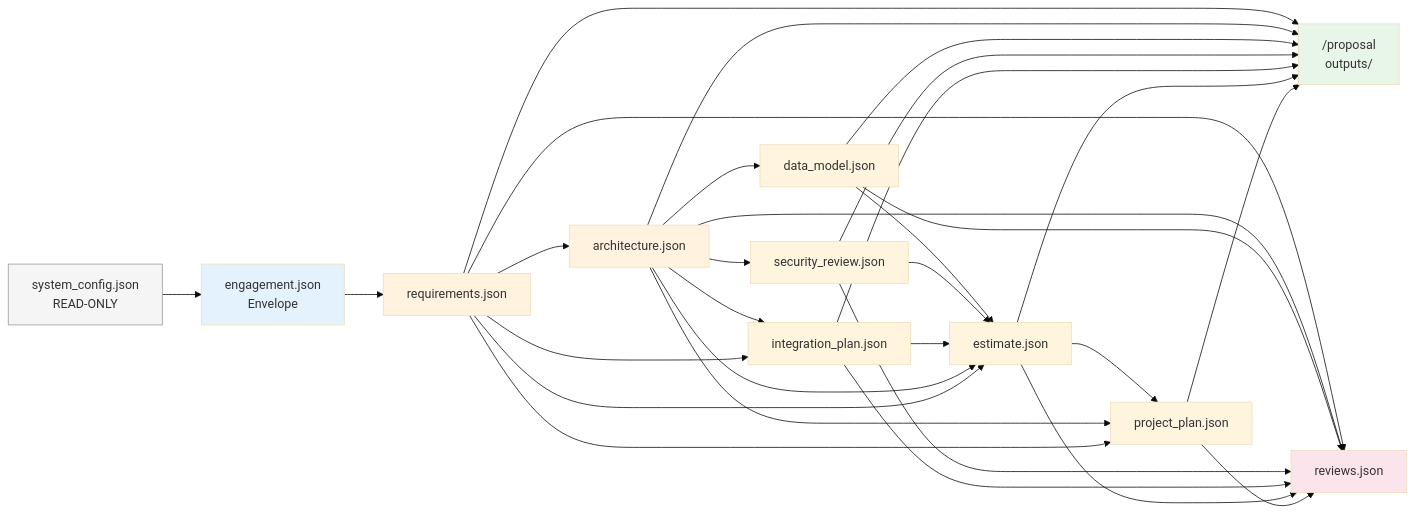
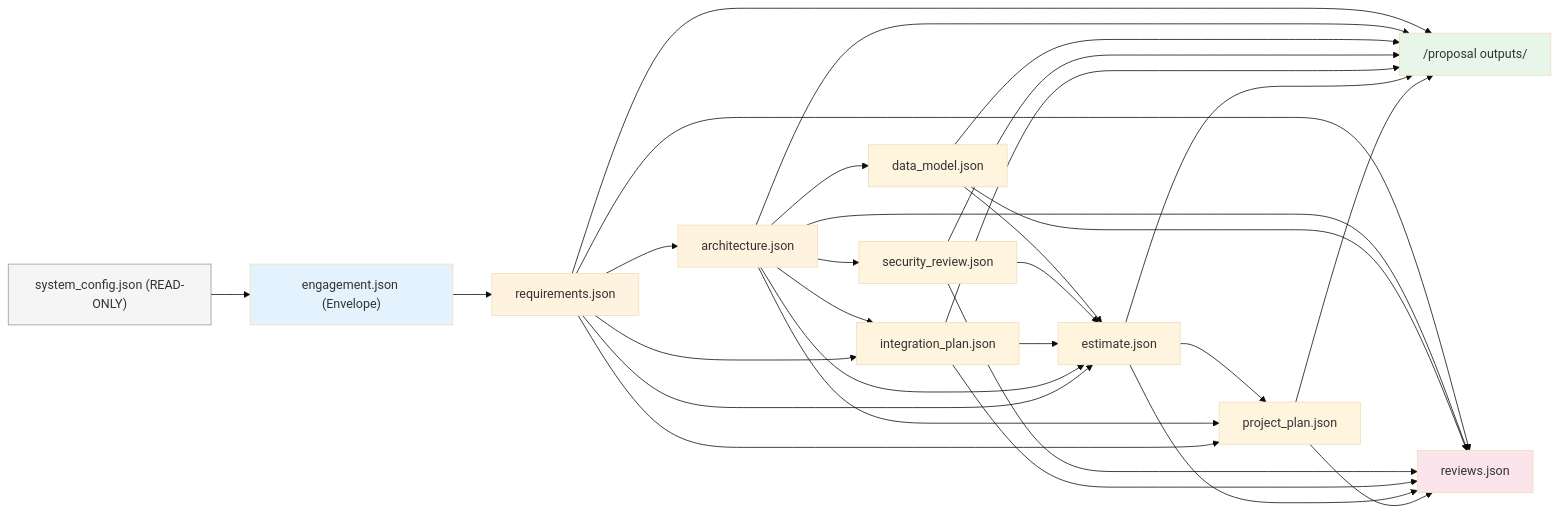
One commit to Modular-Earth-LLC/solutions-architecture-agent changed the third of 5 diagrams in ARCHITECTURE.md. Above: the diagram before and after it, drawn with Mermaid (base theme). The commit also changed other lines of this file, not shown here.

Commit message:
fix(architecture): quote Mermaid labels per quality rules, fix phase-skip and integration-plan docs

````diff
--- a/ARCHITECTURE.md
+++ b/ARCHITECTURE.md
@@ -112,41 +112,41 @@
 ```mermaid
-graph LR
-    SC[system_config.json<br/>READ-ONLY] --> ENG[engagement.json<br/>Envelope]
-    ENG --> REQ[requirements.json]
-    REQ --> ARCH[architecture.json]
-    ARCH --> DM[data_model.json]
-    ARCH --> SR[security_review.json]
-    ARCH --> IP[integration_plan.json]
+flowchart LR
+    SC["system_config.json (READ-ONLY)"] --> ENG["engagement.json (Envelope)"]
+    ENG --> REQ["requirements.json"]
+    REQ --> ARCH["architecture.json"]
+    ARCH --> DM["data_model.json"]
+    ARCH --> SR["security_review.json"]
+    ARCH --> IP["integration_plan.json"]
     REQ --> IP
-    DM --> EST[estimate.json]
+    DM --> EST["estimate.json"]
     SR --> EST
     IP --> EST
     ARCH --> EST
     REQ --> EST
-    EST --> PPL[project_plan.json]
+    EST --> PPL["project_plan.json"]
     ARCH --> PPL
     REQ --> PPL
 
-    REQ --> PRO["/proposal<br/>outputs/"]
+    REQ --> PRO["/proposal outputs/"]
     ARCH --> PRO
     DM --> PRO
     SR --> PRO
     IP --> PRO
     EST --> PRO
     PPL --> PRO
 
-    REQ --> RV[reviews.json]
+    REQ --> RV["reviews.json"]
     ARCH --> RV
     DM --> RV
     SR --> RV
     IP --> RV
     EST --> RV
     PPL --> RV
 
     style SC fill:#f5f5f5,stroke:#999
     style ENG fill:#e3f2fd
     style REQ fill:#fff3e0
     style ARCH fill:#fff3e0
     style PRO fill:#e8f5e9
     style RV fill:#fce4ec
 ```
````
